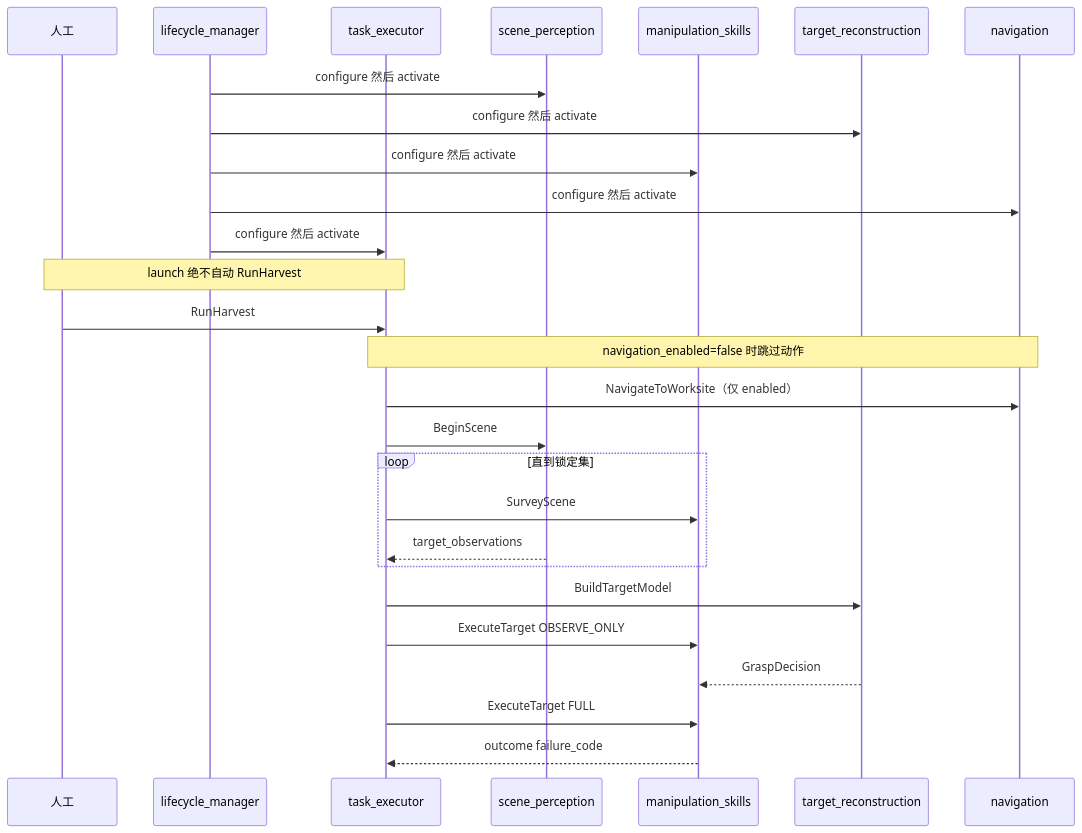
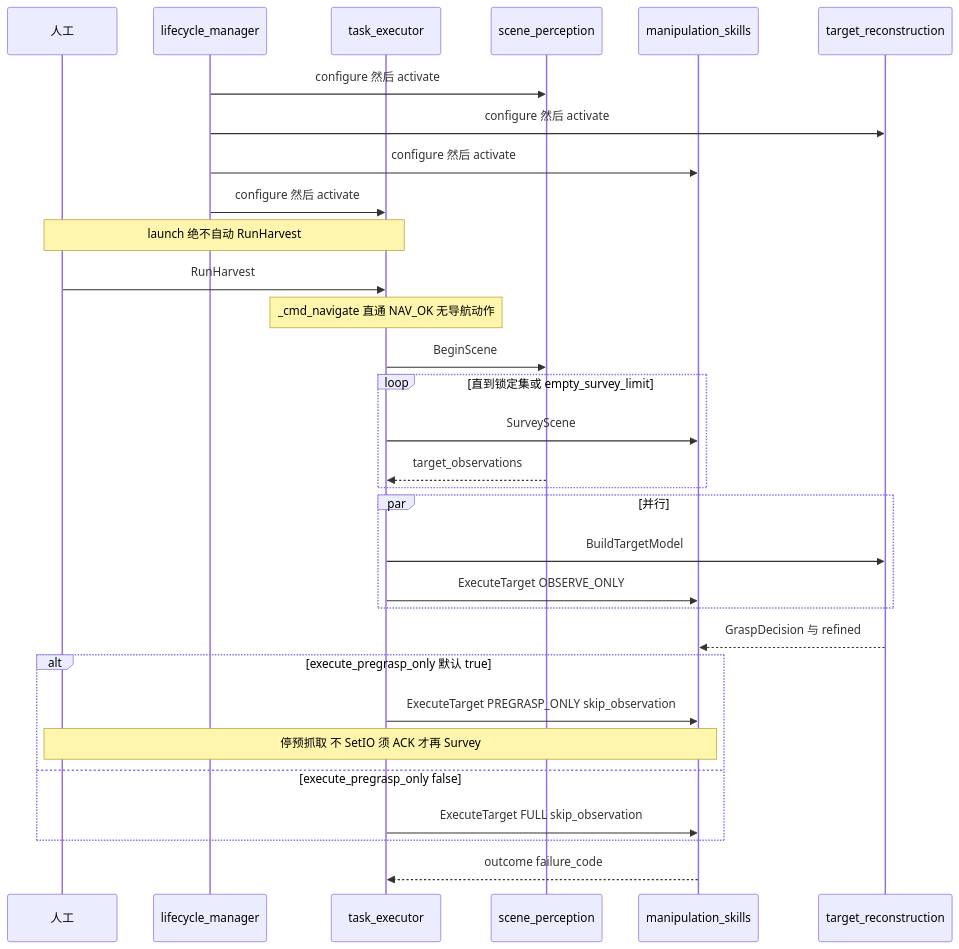
One commit to MUHAN11-c/aubo_boot changed the ninth of 13 diagrams in docs/architecture.md. Above: the diagram before and after it, drawn with Mermaid. The commit also changed other lines of this file and 240 other files, not shown here.

````diff
--- a/docs/architecture.md
+++ b/docs/architecture.md
@@ -445,29 +655,33 @@
 ```mermaid
 sequenceDiagram
   participant Op as 人工
   participant Lcm as lifecycle_manager
   participant Ex as task_executor
   participant Sc as scene_perception
   participant Sk as manipulation_skills
   participant Rc as target_reconstruction
-  participant Nav as navigation
   Lcm->>Sc: configure 然后 activate
   Lcm->>Rc: configure 然后 activate
   Lcm->>Sk: configure 然后 activate
-  Lcm->>Nav: configure 然后 activate
   Lcm->>Ex: configure 然后 activate
   Note over Op,Ex: launch 绝不自动 RunHarvest
   Op->>Ex: RunHarvest
-  Note over Ex,Nav: navigation_enabled=false 时跳过动作
-  Ex->>Nav: NavigateToWorksite（仅 enabled）
+  Note over Ex: _cmd_navigate 直通 NAV_OK 无导航动作
   Ex->>Sc: BeginScene
-  loop 直到锁定集
+  loop 直到锁定集或 empty_survey_limit
     Ex->>Sk: SurveyScene
     Sc-->>Ex: target_observations
   end
-  Ex->>Rc: BuildTargetModel
-  Ex->>Sk: ExecuteTarget OBSERVE_ONLY
-  Rc-->>Sk: GraspDecision
-  Ex->>Sk: ExecuteTarget FULL
+  par 并行
+    Ex->>Rc: BuildTargetModel
+    Ex->>Sk: ExecuteTarget OBSERVE_ONLY
+  end
+  Rc-->>Sk: GraspDecision 与 refined
+  alt execute_pregrasp_only 默认 true
+    Ex->>Sk: ExecuteTarget PREGRASP_ONLY skip_observation
+    Note over Op,Sk: 停预抓取 不 SetIO 须 ACK 才再 Survey
+  else execute_pregrasp_only false
+    Ex->>Sk: ExecuteTarget FULL skip_observation
+  end
   Sk-->>Ex: outcome failure_code
 ```
````
